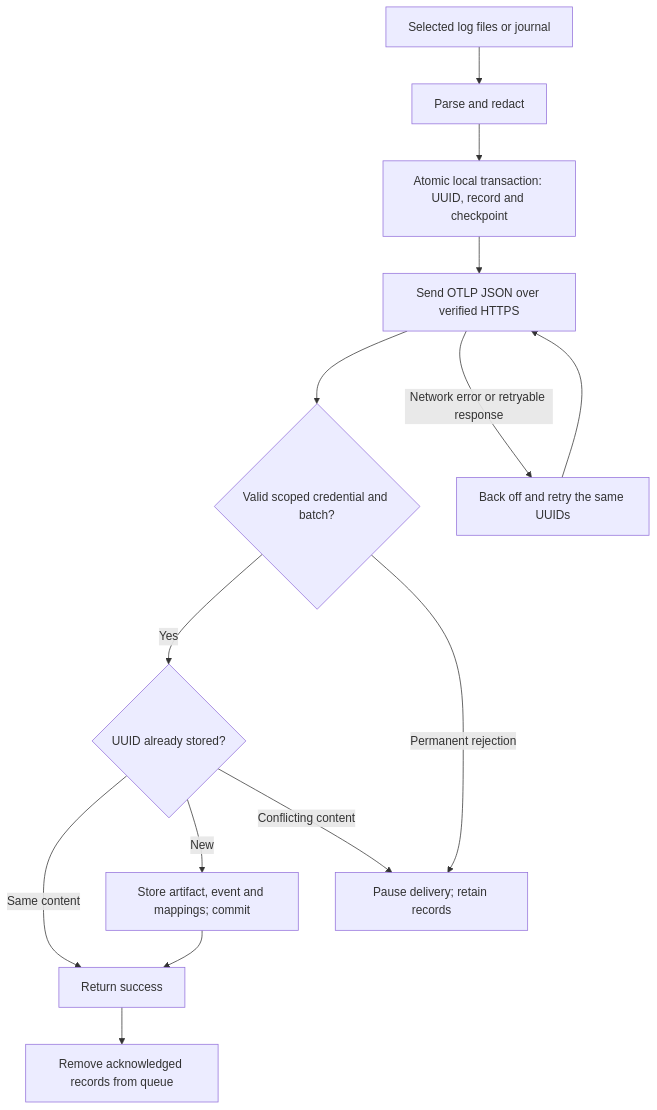
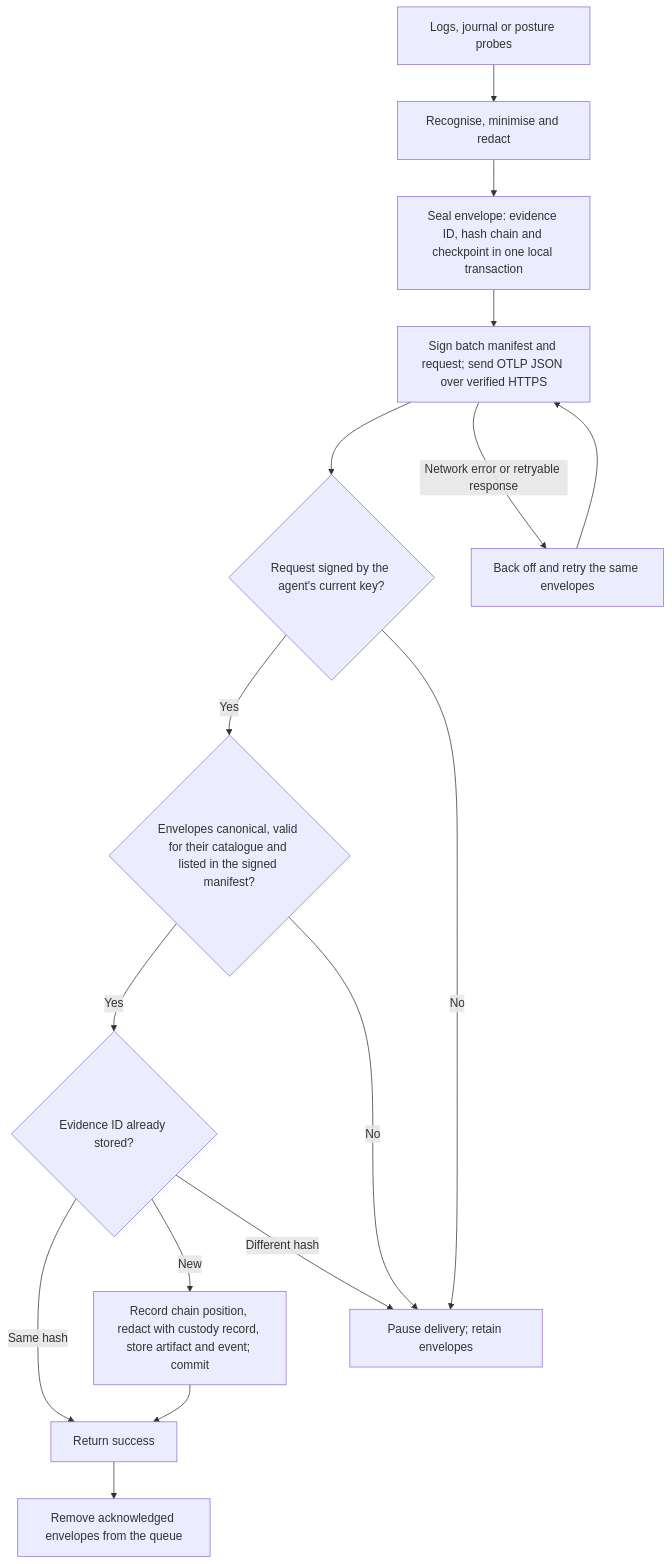
The diagram in services/ui/public/help/diagrams/agent-delivery.mmd (FERCBusters/keen), drawn with Mermaid before and after one commit. The commit also changed 53 other files, not shown here.

Commit message:
Use FERCBusters Universal Evidence Utility as basis of KEEN Agent evidence format

```diff
--- a/services/ui/public/help/diagrams/agent-delivery.mmd
+++ b/services/ui/public/help/diagrams/agent-delivery.mmd
@@ -1,14 +1,16 @@
 flowchart TB
-  L["Selected log files or journal"] --> P["Parse and redact"]
-  P --> Q["Atomic local transaction: UUID, record and checkpoint"]
-  Q --> T["Send OTLP JSON over verified HTTPS"]
-  T --> A{"Valid scoped credential and batch?"}
-  A -->|Yes| D{"UUID already stored?"}
-  D -->|Same content| OK["Return success"]
-  D -->|New| S["Store artifact, event and mappings; commit"]
+  L["Logs, journal or posture probes"] --> P["Recognise, minimise and redact"]
+  P --> Q["Seal envelope: evidence ID, hash chain and checkpoint in one local transaction"]
+  Q --> T["Sign batch manifest and request; send OTLP JSON over verified HTTPS"]
+  T --> A{"Request signed by the agent's current key?"}
+  A -->|Yes| V{"Envelopes canonical, valid for their catalogue and listed in the signed manifest?"}
+  V -->|Yes| D{"Evidence ID already stored?"}
+  D -->|Same hash| OK["Return success"]
+  D -->|New| S["Record chain position, redact with custody record, store artifact and event; commit"]
   S --> OK
-  OK --> R["Remove acknowledged records from queue"]
-  A -->|Permanent rejection| H["Pause delivery; retain records"]
-  D -->|Conflicting content| H
-  T -->|Network error or retryable response| B["Back off and retry the same UUIDs"]
+  OK --> R["Remove acknowledged envelopes from the queue"]
+  A -->|No| H["Pause delivery; retain envelopes"]
+  V -->|No| H
+  D -->|Different hash| H
+  T -->|Network error or retryable response| B["Back off and retry the same envelopes"]
   B --> T
```
